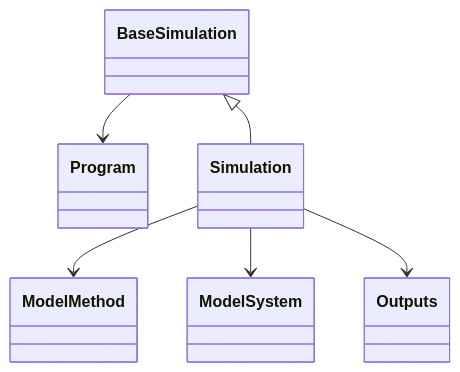
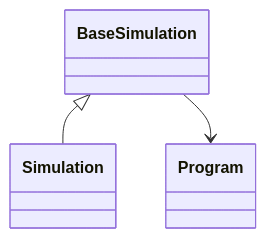
The diagram in docs/schema/simulation.diagram.md (FAIRmat-NFDI/nomad-simulations), drawn with Mermaid before and after one commit. The commit also changed 86 other files, not shown here.

Commit message:
simplify diagrams

````diff
--- a/docs/schema/simulation.diagram.md
+++ b/docs/schema/simulation.diagram.md
@@ -16,20 +16,11 @@
 ```mermaid
 classDiagram
     class BaseSimulation {
-    }
-    class ModelMethod {
-    }
-    class ModelSystem {
-    }
-    class Outputs {
     }
     class Program {
     }
     class Simulation {
     }
     BaseSimulation <|-- Simulation
     BaseSimulation --> Program
-    Simulation --> ModelMethod
-    Simulation --> ModelSystem
-    Simulation --> Outputs
 ```
````
